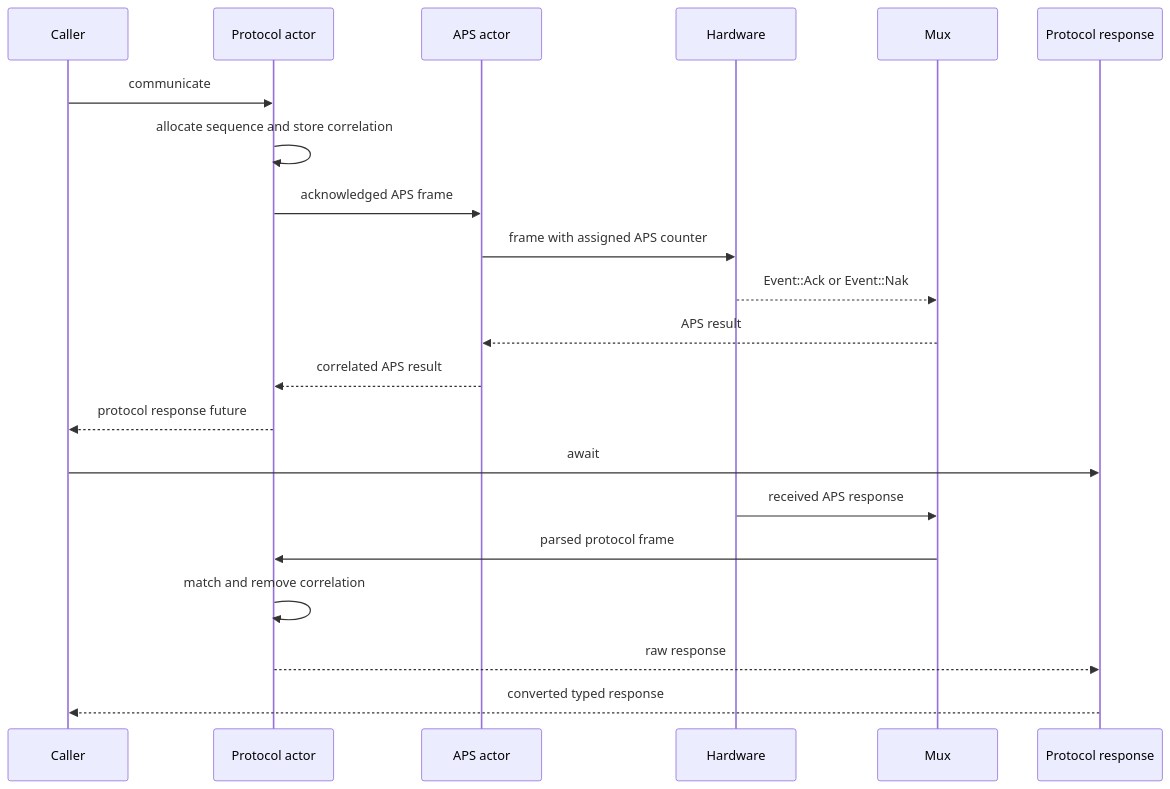
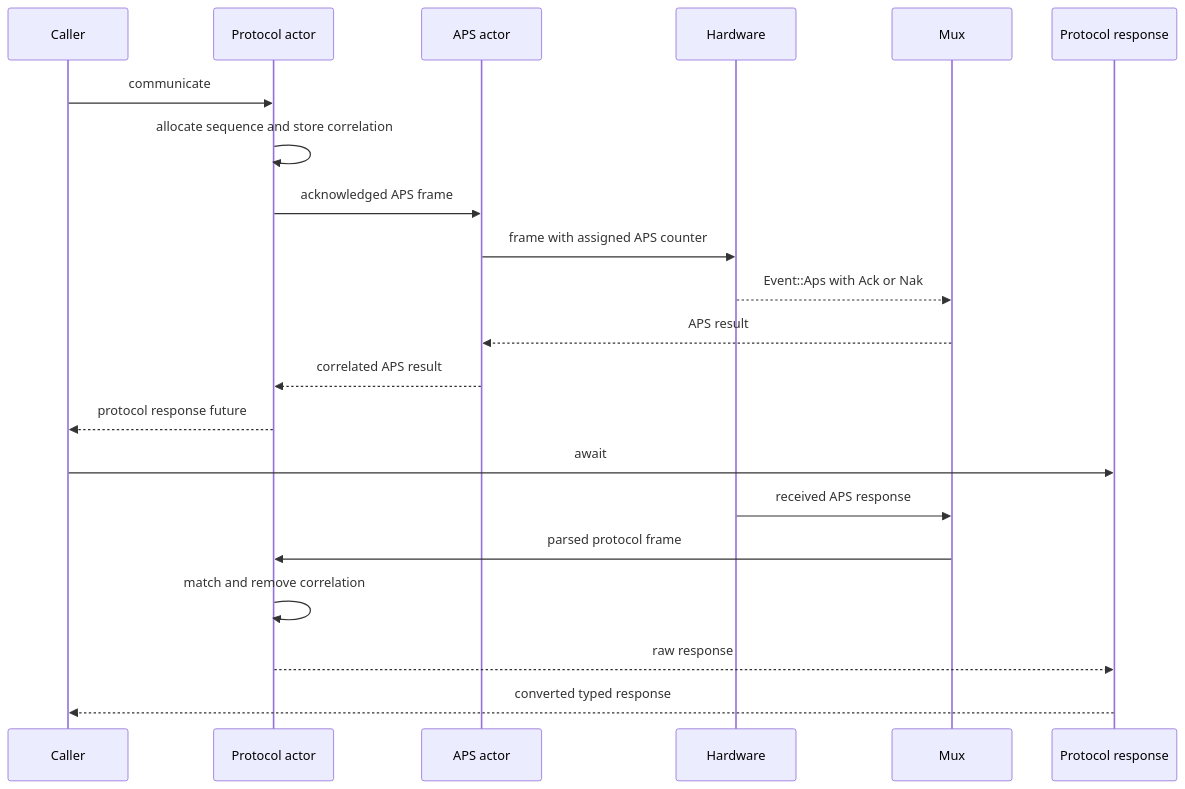
One commit to PaulmannLighting/apis-saltans changed the third of 4 diagrams in coordinator/ARCHITECTURE.md. Above: the diagram before and after it, drawn with Mermaid. The commit also changed other lines of this file and 12 other files, not shown here.

````diff
--- a/coordinator/ARCHITECTURE.md
+++ b/coordinator/ARCHITECTURE.md
@@ -126,24 +126,24 @@
 ```mermaid
 sequenceDiagram
     participant API as Caller
     participant P as Protocol actor
     participant A as APS actor
     participant H as Hardware
     participant M as Mux
     participant R as Protocol response
 
     API->>P: communicate
     P->>P: allocate sequence and store correlation
     P->>A: acknowledged APS frame
     A->>H: frame with assigned APS counter
-    H-->>M: Event::Ack or Event::Nak
+    H-->>M: Event::Aps with Ack or Nak
     M-->>A: APS result
     A-->>P: correlated APS result
     P-->>API: protocol response future
     API->>R: await
     H->>M: received APS response
     M->>P: parsed protocol frame
     P->>P: match and remove correlation
     P-->>R: raw response
     R-->>API: converted typed response
 ```
````
